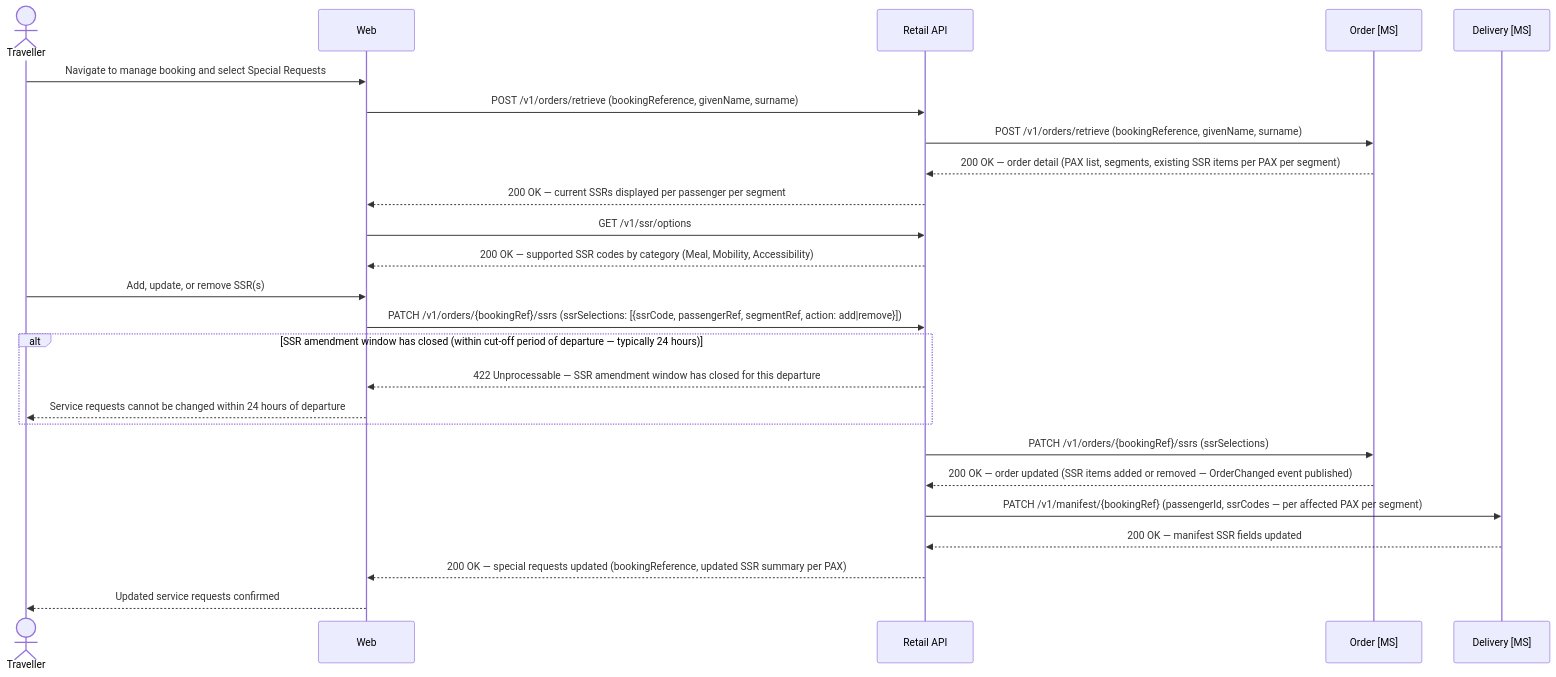
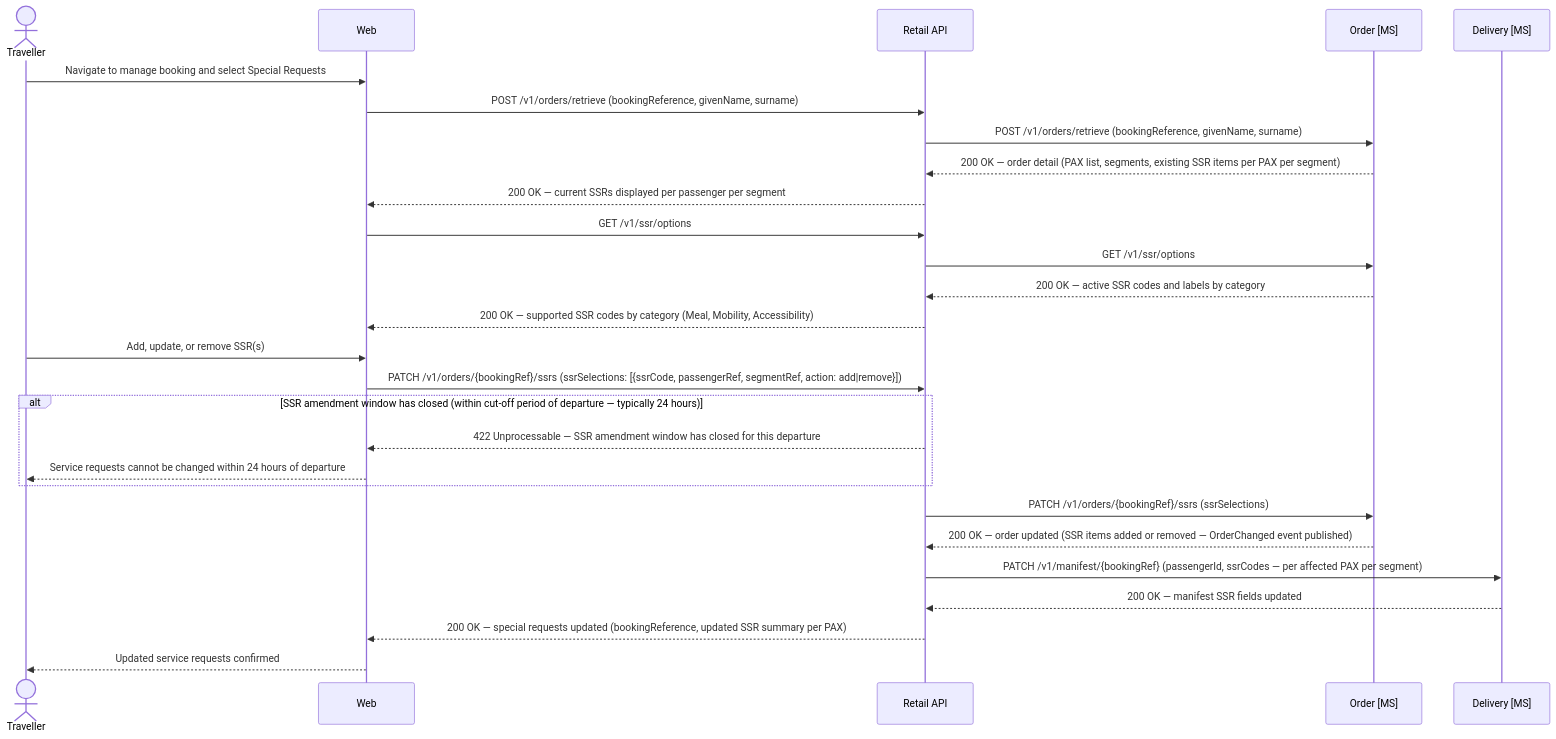
Before and after one commit to sebharvey/airline-reservation-system: the second of 2 diagrams in documentation/design/ssr.md, drawn with Mermaid. The commit also changed other lines of this file and 16 other files, not shown here.

````diff
--- a/documentation/design/ssr.md
+++ b/documentation/design/ssr.md
@@ -105,36 +107,38 @@
 ```mermaid
 sequenceDiagram
     actor Traveller
     participant Web
     participant RetailAPI as Retail API
     participant OrderMS as Order [MS]
     participant DeliveryMS as Delivery [MS]
 
     Traveller->>Web: Navigate to manage booking and select Special Requests
 
     Web->>RetailAPI: POST /v1/orders/retrieve (bookingReference, givenName, surname)
     RetailAPI->>OrderMS: POST /v1/orders/retrieve (bookingReference, givenName, surname)
     OrderMS-->>RetailAPI: 200 OK — order detail (PAX list, segments, existing SSR items per PAX per segment)
     RetailAPI-->>Web: 200 OK — current SSRs displayed per passenger per segment
 
     Web->>RetailAPI: GET /v1/ssr/options
+    RetailAPI->>OrderMS: GET /v1/ssr/options
+    OrderMS-->>RetailAPI: 200 OK — active SSR codes and labels by category
     RetailAPI-->>Web: 200 OK — supported SSR codes by category (Meal, Mobility, Accessibility)
 
     Traveller->>Web: Add, update, or remove SSR(s)
 
     Web->>RetailAPI: PATCH /v1/orders/{bookingRef}/ssrs (ssrSelections: [{ssrCode, passengerRef, segmentRef, action: add|remove}])
 
     alt SSR amendment window has closed (within cut-off period of departure — typically 24 hours)
         RetailAPI-->>Web: 422 Unprocessable — SSR amendment window has closed for this departure
         Web-->>Traveller: Service requests cannot be changed within 24 hours of departure
     end
 
     RetailAPI->>OrderMS: PATCH /v1/orders/{bookingRef}/ssrs (ssrSelections)
     OrderMS-->>RetailAPI: 200 OK — order updated (SSR items added or removed — OrderChanged event published)
 
     RetailAPI->>DeliveryMS: PATCH /v1/manifest/{bookingRef} (passengerId, ssrCodes — per affected PAX per segment)
     DeliveryMS-->>RetailAPI: 200 OK — manifest SSR fields updated
 
     RetailAPI-->>Web: 200 OK — special requests updated (bookingReference, updated SSR summary per PAX)
     Web-->>Traveller: Updated service requests confirmed
 ```
````
